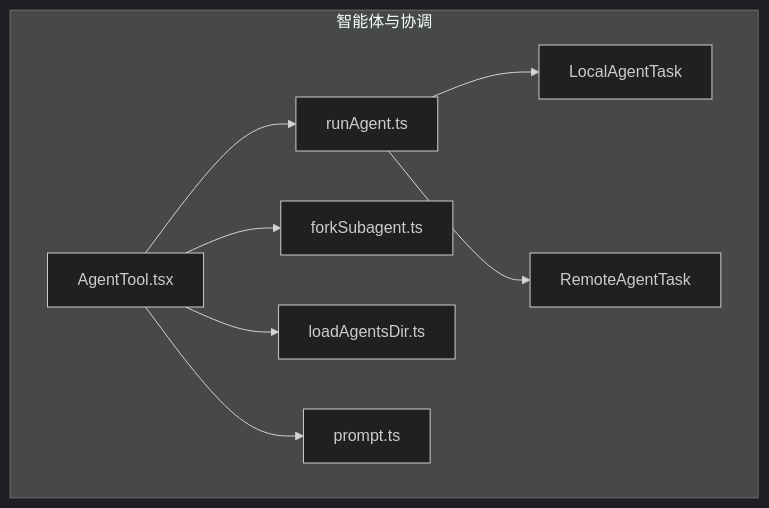
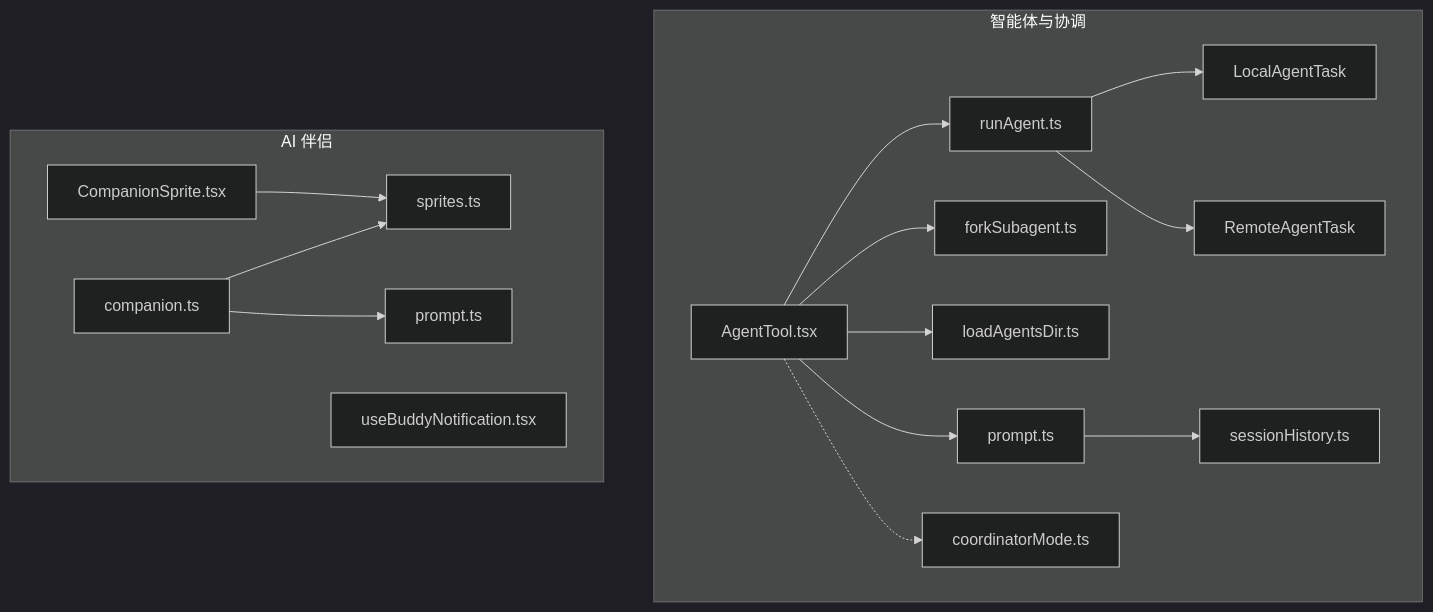
The first of 3 diagrams in .nium-wiki/wiki/agent/_index.md (niuma996/claude-code-sourcemap-wiki), drawn with Mermaid (dark theme) before and after one commit. The commit also changed other lines of this file and 24 other files, not shown here.

Commit message:
Add buddy and coordinator wiki sections with session history docs

````diff
--- a/.nium-wiki/wiki/agent/_index.md
+++ b/.nium-wiki/wiki/agent/_index.md
@@ -23,18 +26,32 @@
 ```mermaid
 flowchart TB
     subgraph Agent["智能体与协调"]
         AgentTool["AgentTool.tsx"]
         runAgent["runAgent.ts"]
         forkSubagent["forkSubagent.ts"]
         loadAgentsDir["loadAgentsDir.ts"]
         prompt["prompt.ts"]
         localTask["LocalAgentTask"]
         remoteTask["RemoteAgentTask"]
+        sessionHistory["sessionHistory.ts"]
+        coordinatorMode["coordinatorMode.ts"]
+    end
+    subgraph Buddy["AI 伴侣"]
+        companion["companion.ts"]
+        sprites["sprites.ts"]
+        CompanionSprite["CompanionSprite.tsx"]
+        promptBuddy["prompt.ts"]
+        notifications["useBuddyNotification.tsx"]
     end
     AgentTool --> runAgent
     runAgent --> localTask
     runAgent --> remoteTask
     AgentTool --> forkSubagent
     AgentTool --> loadAgentsDir
     AgentTool --> prompt
+    prompt --> sessionHistory
+    AgentTool -.-> coordinatorMode
+    CompanionSprite --> sprites
+    companion --> sprites
+    companion --> promptBuddy
 ```
````
